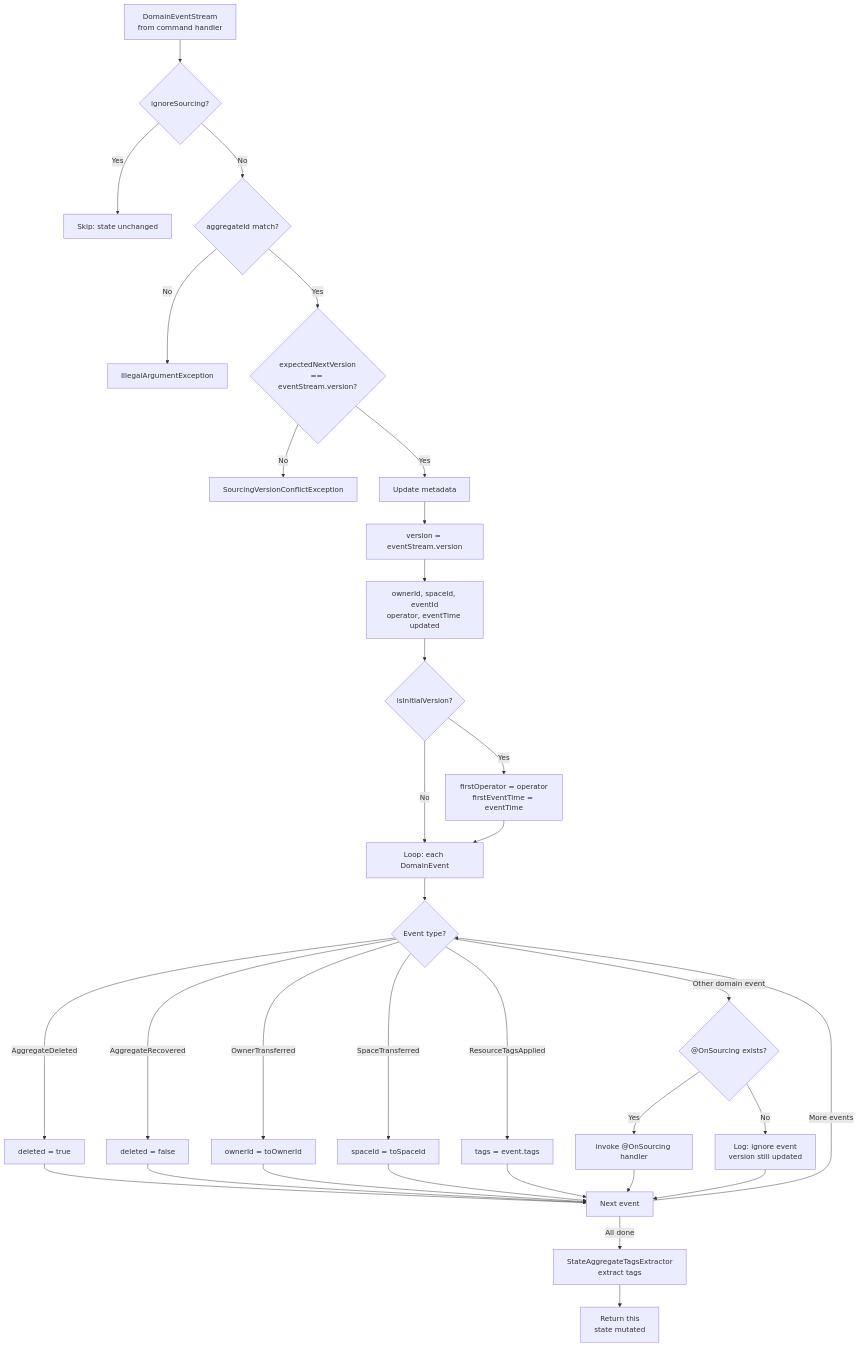
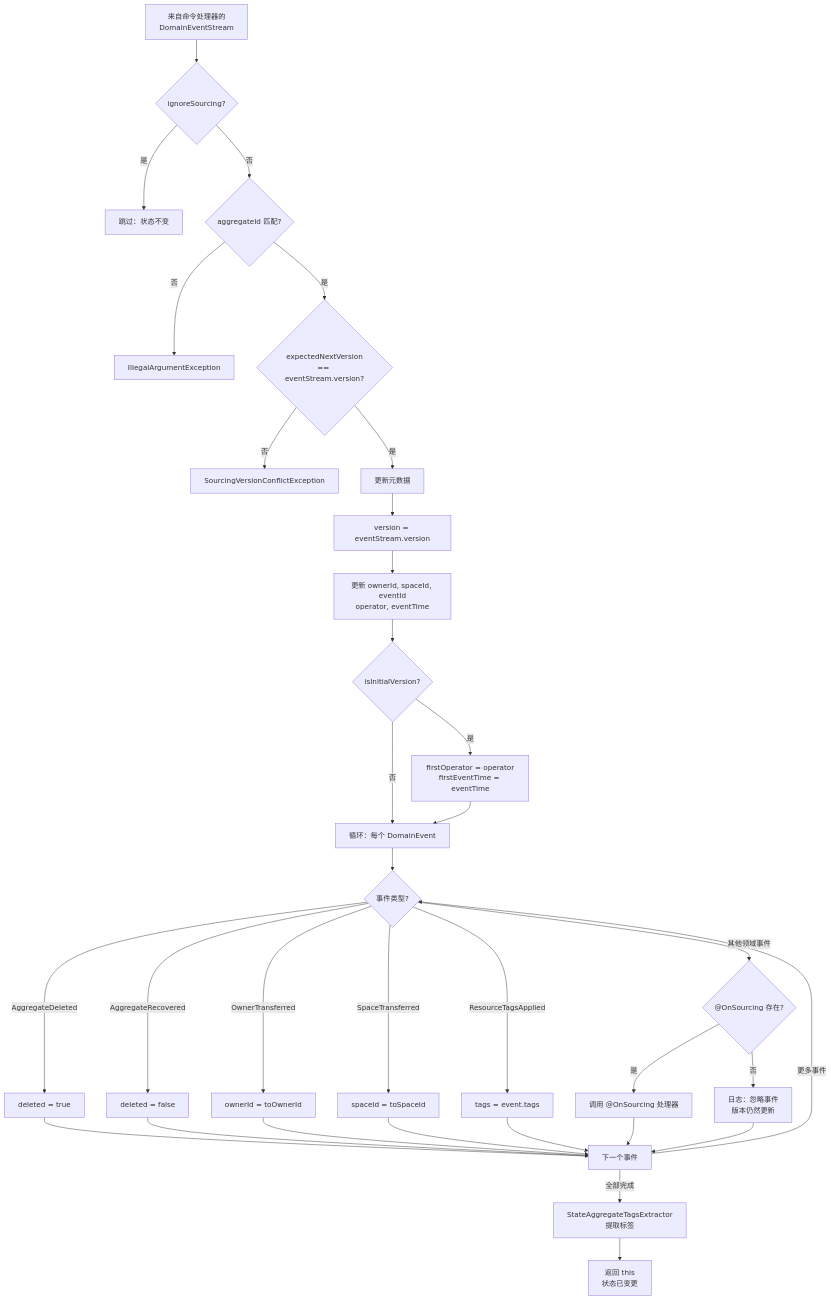
One commit to Ahoo-Wang/Wow changed the third of 4 diagrams in documentation/docs/zh/guide/advanced/aggregate-lifecycle.md. Above: the diagram before and after it, drawn with Mermaid. The commit also changed other lines of this file and 11 other files, not shown here.

````diff
--- a/documentation/docs/zh/guide/advanced/aggregate-lifecycle.md
+++ b/documentation/docs/zh/guide/advanced/aggregate-lifecycle.md
@@ -289,36 +289,36 @@
 ```mermaid
 flowchart TD
-    A["DomainEventStream<br>from command handler"] --> B{"ignoreSourcing?"}
-    B -->|"Yes"| Z["Skip: state unchanged"]
-    B -->|"No"| C{"aggregateId match?"}
-    C -->|"No"| ERR1["IllegalArgumentException"]
-    C -->|"Yes"| D{"expectedNextVersion<br>== eventStream.version?"}
-    D -->|"No"| ERR2["SourcingVersionConflictException"]
-    D -->|"Yes"| E["Update metadata"]
+    A["来自命令处理器的<br>DomainEventStream"] --> B{"ignoreSourcing?"}
+    B -->|"是"| Z["跳过：状态不变"]
+    B -->|"否"| C{"aggregateId 匹配?"}
+    C -->|"否"| ERR1["IllegalArgumentException"]
+    C -->|"是"| D{"expectedNextVersion<br>== eventStream.version?"}
+    D -->|"否"| ERR2["SourcingVersionConflictException"]
+    D -->|"是"| E["更新元数据"]
     E --> F["version = eventStream.version"]
-    F --> G["ownerId, spaceId, eventId<br>operator, eventTime updated"]
+    F --> G["更新 ownerId, spaceId, eventId<br>operator, eventTime"]
     G --> H{"isInitialVersion?"}
-    H -->|"Yes"| I["firstOperator = operator<br>firstEventTime = eventTime"]
-    H -->|"No"| J["Loop: each DomainEvent"]
+    H -->|"是"| I["firstOperator = operator<br>firstEventTime = eventTime"]
+    H -->|"否"| J["循环：每个 DomainEvent"]
     I --> J
-    J --> K{"Event type?"}
+    J --> K{"事件类型?"}
     K -->|"AggregateDeleted"| L["deleted = true"]
     K -->|"AggregateRecovered"| M["deleted = false"]
     K -->|"OwnerTransferred"| N["ownerId = toOwnerId"]
     K -->|"SpaceTransferred"| O["spaceId = toSpaceId"]
     K -->|"ResourceTagsApplied"| P["tags = event.tags"]
-    K -->|"Other domain event"| Q{"@OnSourcing exists?"}
-    Q -->|"Yes"| R["invoke @OnSourcing handler"]
-    Q -->|"No"| S["Log: ignore event<br>version still updated"]
-    L --> T["Next event"]
+    K -->|"其他领域事件"| Q{"@OnSourcing 存在?"}
+    Q -->|"是"| R["调用 @OnSourcing 处理器"]
+    Q -->|"否"| S["日志：忽略事件<br>版本仍然更新"]
+    L --> T["下一个事件"]
     M --> T
     N --> T
     O --> T
     P --> T
     R --> T
     S --> T
-    T -->|"More events"| K
-    T -->|"All done"| U["StateAggregateTagsExtractor<br>extract tags"]
-    U --> V["Return this<br>state mutated"]
+    T -->|"更多事件"| K
+    T -->|"全部完成"| U["StateAggregateTagsExtractor<br>提取标签"]
+    U --> V["返回 this<br>状态已变更"]
 
 ```
````
